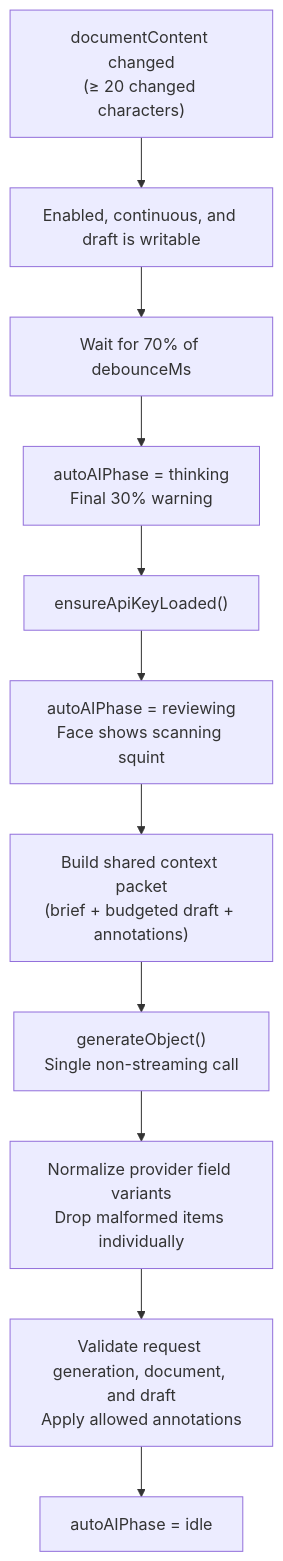
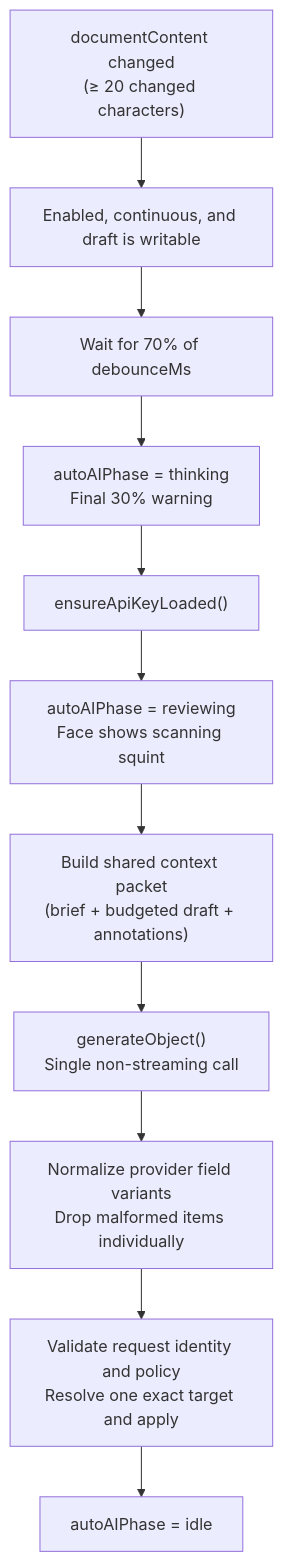
One commit to ThatXliner/Quillium changed the first of 2 diagrams in docs/autoai.md. Above: the diagram before and after it, drawn with Mermaid. The commit also changed other lines of this file and 6 other files, not shown here.

````diff
--- a/docs/autoai.md
+++ b/docs/autoai.md
@@ -31,16 +31,16 @@
 ```mermaid
 flowchart TD
     Change["documentContent changed<br/>(≥ 20 changed characters)"]
     Guard["Enabled, continuous, and draft is writable"]
     Debounce["Wait for 70% of debounceMs"]
     Thinking["autoAIPhase = thinking<br/>Final 30% warning"]
     LoadKey["ensureApiKeyLoaded()"]
     Reviewing["autoAIPhase = reviewing<br/>Face shows scanning squint"]
     Context["Build shared context packet<br/>(brief + budgeted draft + annotations)"]
     Generate["generateObject()<br/>Single non-streaming call"]
     Normalize["Normalize provider field variants<br/>Drop malformed items individually"]
-    Apply["Validate request generation, document, and draft<br/>Apply allowed annotations"]
+    Apply["Validate request identity and policy<br/>Resolve one exact target and apply"]
     Done["autoAIPhase = idle"]
 
     Change --> Guard --> Debounce --> Thinking --> LoadKey --> Reviewing --> Context --> Generate --> Normalize --> Apply --> Done
 ```
````
